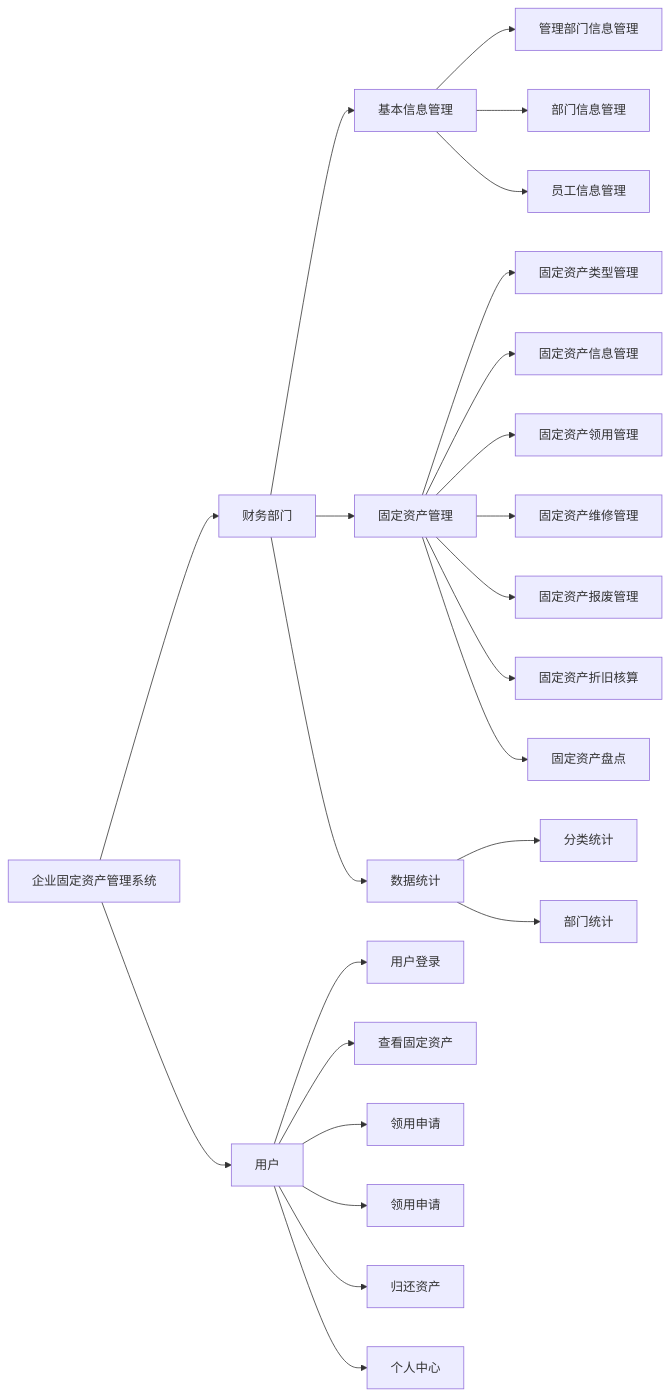
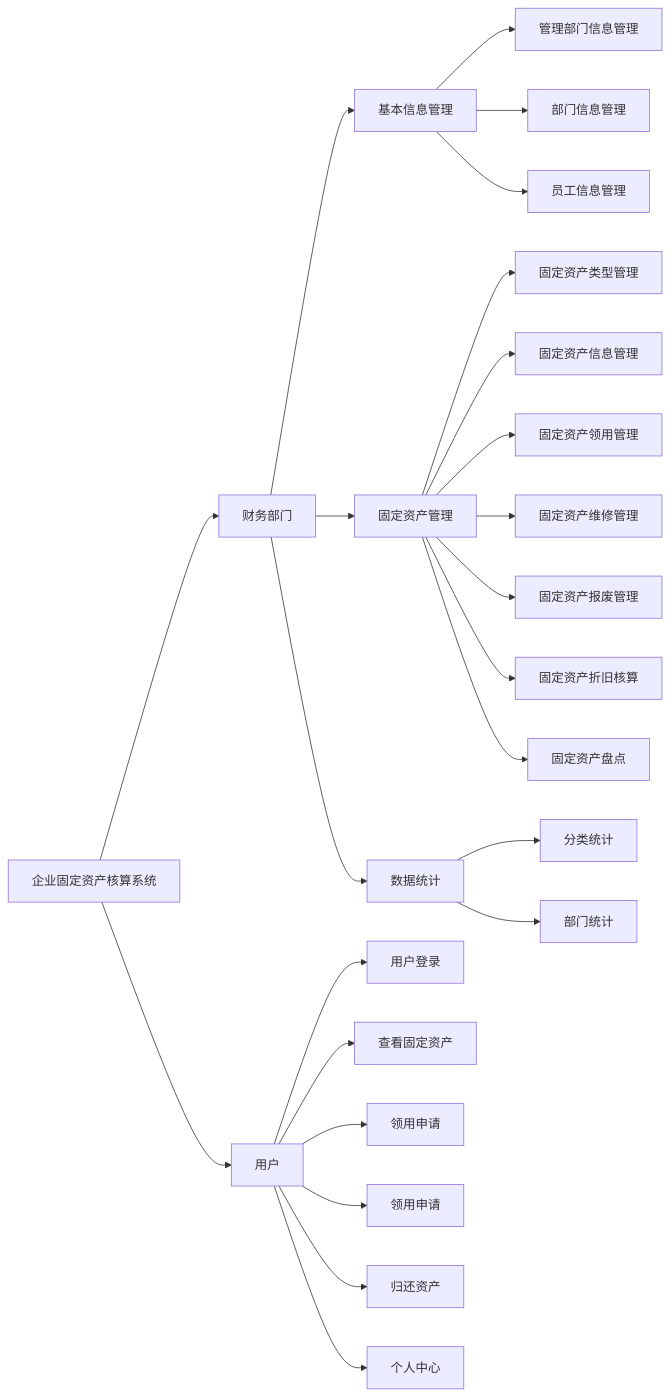
Before and after one commit to pikachu812/fixed_assets: the first of 2 diagrams in 一些提示.md, drawn with Mermaid. The commit also changed other lines of this file, not shown here.

````diff
--- a/一些提示.md
+++ b/一些提示.md
@@ -17,26 +17,26 @@
 ```mermaid
 graph LR
-    A[企业固定资产管理系统] --> B[财务部门]
+    A[企业固定资产核算系统] --> B[财务部门]
     A --> C[用户]
     B --> D[基本信息管理]
     B --> E[固定资产管理]
     B --> F[数据统计]
     C --> G[用户登录]
     C --> H[查看固定资产]
     C --> I[领用申请]
     C --> J[领用申请]
     C --> K[归还资产]
     C --> L[个人中心]
     D --> M[管理部门信息管理]
     D --> N[部门信息管理]
     D --> O[员工信息管理]
     E --> P[固定资产类型管理]
     E --> Q[固定资产信息管理]
     E --> R[固定资产领用管理]
     E --> S[固定资产维修管理]
     E --> T[固定资产报废管理]
     E --> U[固定资产折旧核算]
     E --> V[固定资产盘点]
     F --> W[分类统计]
     F --> X[部门统计]
 ```
````
